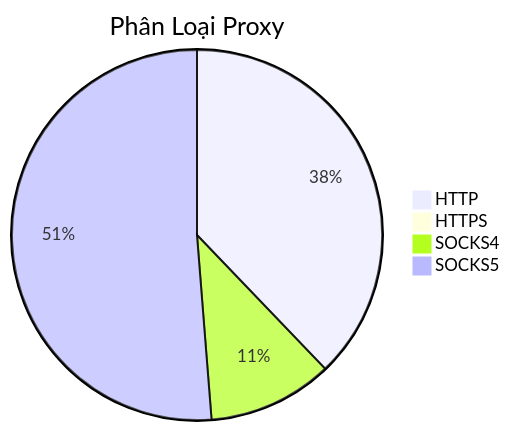
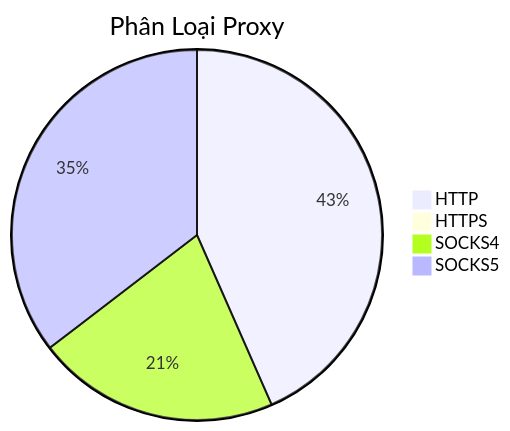
One commit to Ciara-Aa/PROXY-free changed the diagram in README.md. Above: the diagram before and after it, drawn with Mermaid. The commit also changed other lines of this file and 4 other files, not shown here.

````diff
--- a/README.md
+++ b/README.md
@@ -26,7 +26,7 @@
 ```mermaid
 pie title Phân Loại Proxy
-    "HTTP" : 347
-    "HTTPS" : 3
-    "SOCKS4" : 100
-    "SOCKS5" : 470
+    "HTTP" : 293
+    "HTTPS" : 4
+    "SOCKS4" : 143
+    "SOCKS5" : 239
 ```
````
